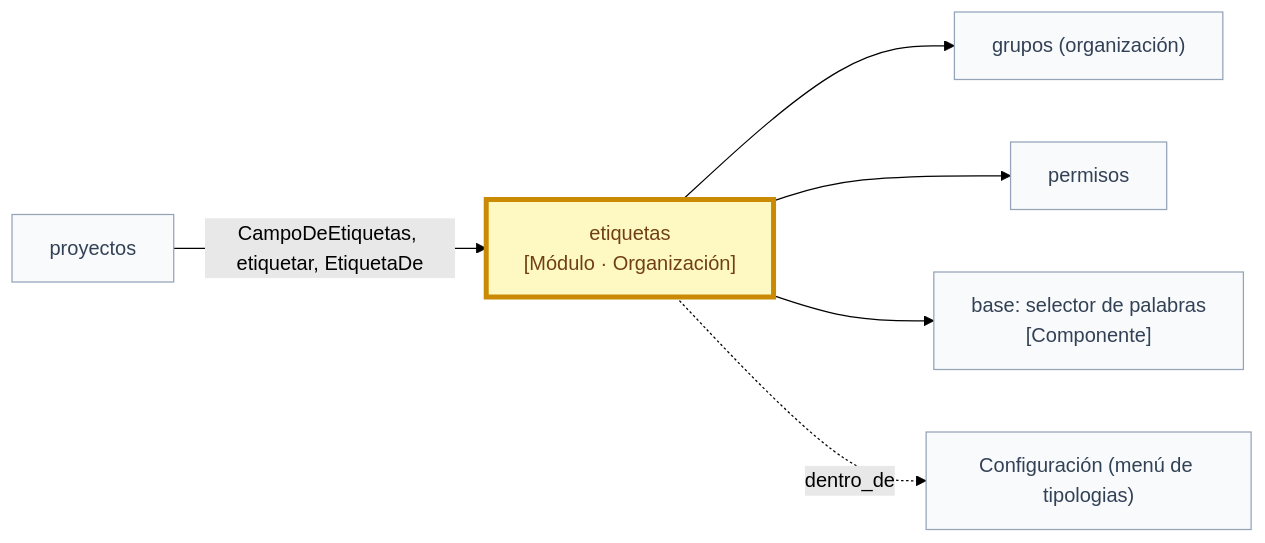
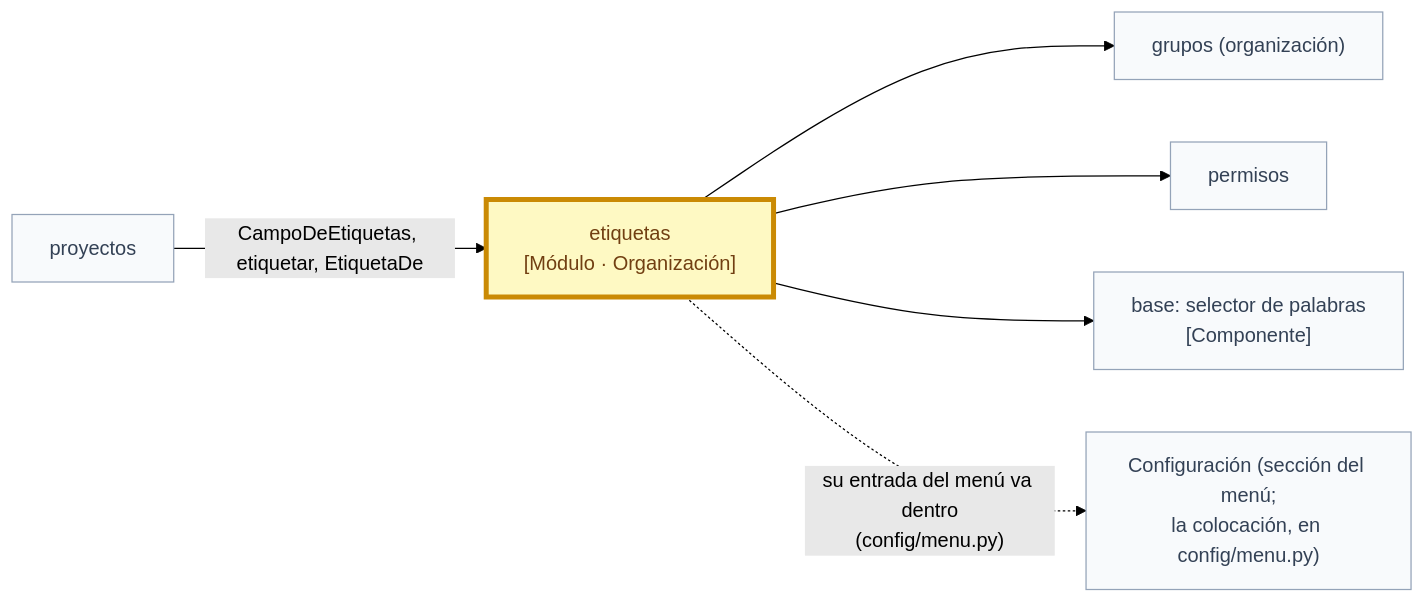
Diagram 14 of 33 in docs/arquitectura.md (chemabc/groupy), drawn with Mermaid (forest theme) before and after one commit. The commit also changed other lines of this file and 54 other files, not shown here.

First line of the commit message:
Ayuda: menú en un solo fichero, sección «Ayuda» y panel de ayuda

````diff
--- a/docs/arquitectura.md
+++ b/docs/arquitectura.md
@@ -423,16 +431,16 @@
 ```mermaid
 flowchart LR
   classDef yo fill:#fef9c3,stroke:#ca8a04,stroke-width:4px,color:#713f12
   classDef otro fill:#f8fafc,stroke:#94a3b8,color:#334155
   eti["etiquetas<br/>[Módulo · Organización]"]:::yo
   gru["grupos (organización)"]:::otro
   per["permisos"]:::otro
   base["base: selector de palabras<br/>[Componente]"]:::otro
   pro["proyectos"]:::otro
-  conf["Configuración (menú de tipologias)"]:::otro
+  conf["Configuración (sección del menú;<br/>la colocación, en config/menu.py)"]:::otro
   eti --> gru
   eti --> per
   eti --> base
   pro -- "CampoDeEtiquetas, etiquetar, EtiquetaDe" --> eti
-  eti -. "dentro_de" .-> conf
+  eti -. "su entrada del menú va dentro<br/>(config/menu.py)" .-> conf
 ```
````
